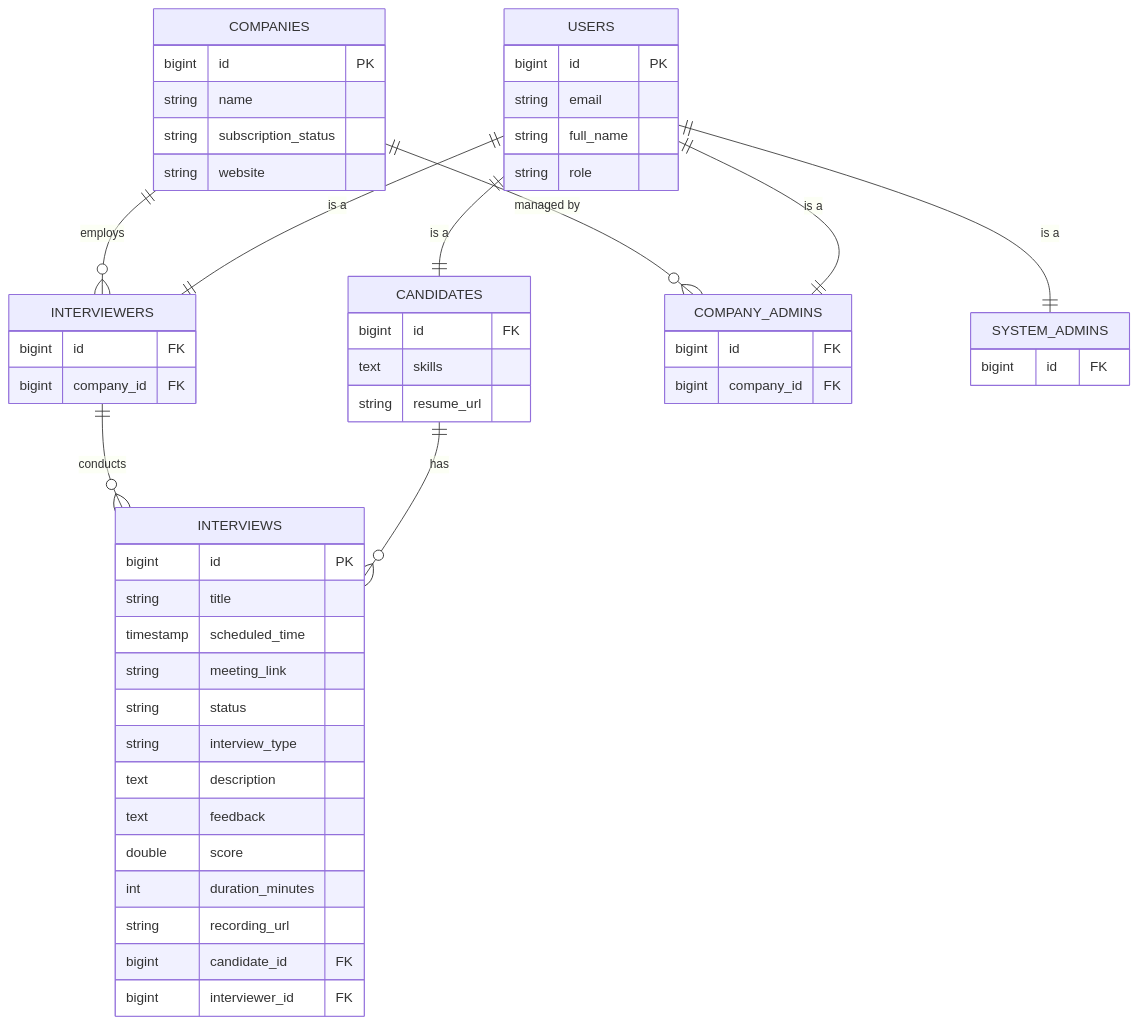
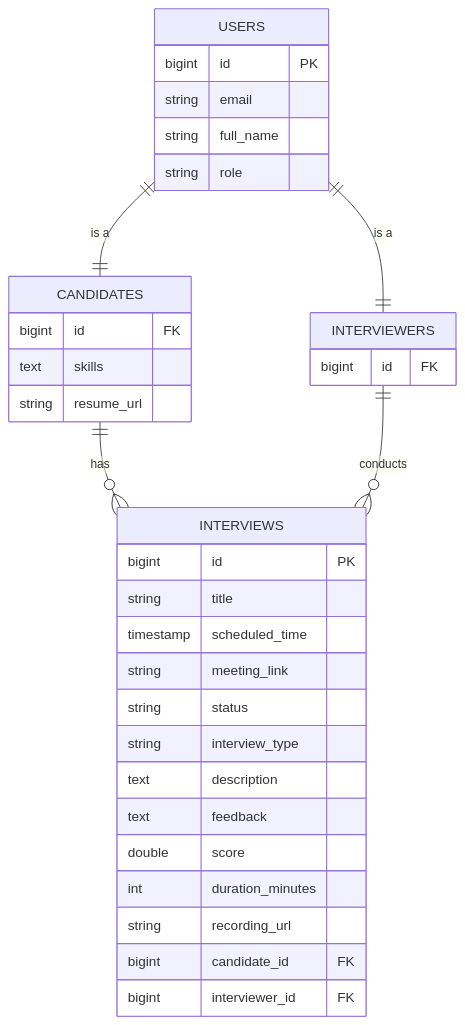
Before and after one commit to acsuthar2006-ctrl/Online-Tech-Hiring-Platform: the diagram in docs/API_DB_DETAILS.md, drawn with Mermaid. The commit also changed other lines of this file, not shown here.

````diff
--- a/docs/API_DB_DETAILS.md
+++ b/docs/API_DB_DETAILS.md
@@ -7,57 +7,38 @@
 ```mermaid
 erDiagram
-    COMPANIES {
-        bigint id PK
-        string name
-        string subscription_status
-        string website
-    }
     USERS {
         bigint id PK
         string email
         string full_name
         string role
     }
     CANDIDATES {
         bigint id FK
         text skills
         string resume_url
     }
     INTERVIEWERS {
-        bigint id FK
-        bigint company_id FK
-    }
-    COMPANY_ADMINS {
-        bigint id FK
-        bigint company_id FK
-    }
-    SYSTEM_ADMINS {
         bigint id FK
     }
     INTERVIEWS {
         bigint id PK
         string title
         timestamp scheduled_time
         string meeting_link
         string status
         string interview_type
         text description
         text feedback
         double score
         int duration_minutes
         string recording_url
         bigint candidate_id FK
         bigint interviewer_id FK
     }
 
     USERS ||--|| CANDIDATES : "is a"
     USERS ||--|| INTERVIEWERS : "is a"
-    USERS ||--|| COMPANY_ADMINS : "is a"
-    USERS ||--|| SYSTEM_ADMINS : "is a"
-
-    COMPANIES ||--o{ INTERVIEWERS : "employs"
-    COMPANIES ||--o{ COMPANY_ADMINS : "managed by"
 
     CANDIDATES ||--o{ INTERVIEWS : "has"
     INTERVIEWERS ||--o{ INTERVIEWS : "conducts"
 ```
````
